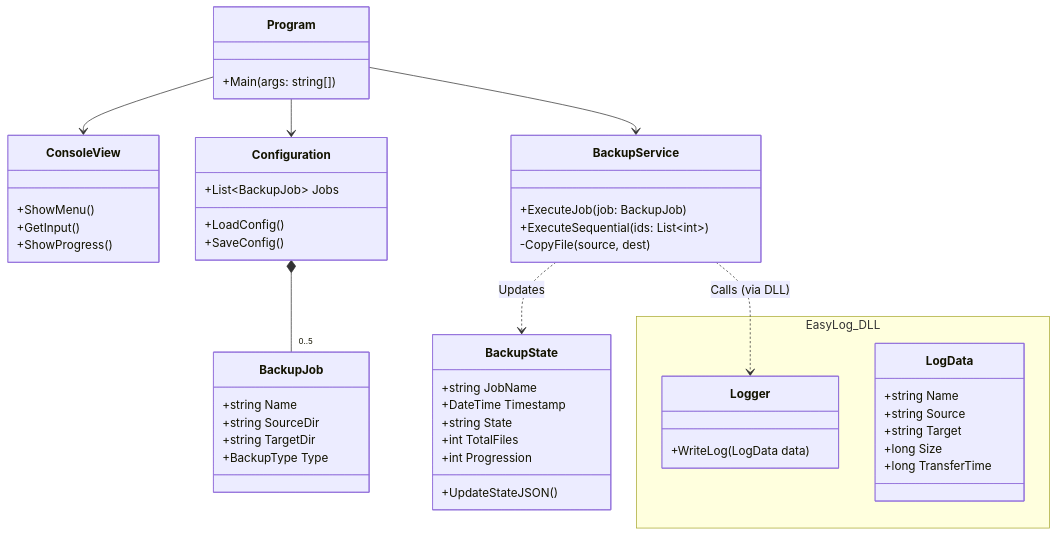
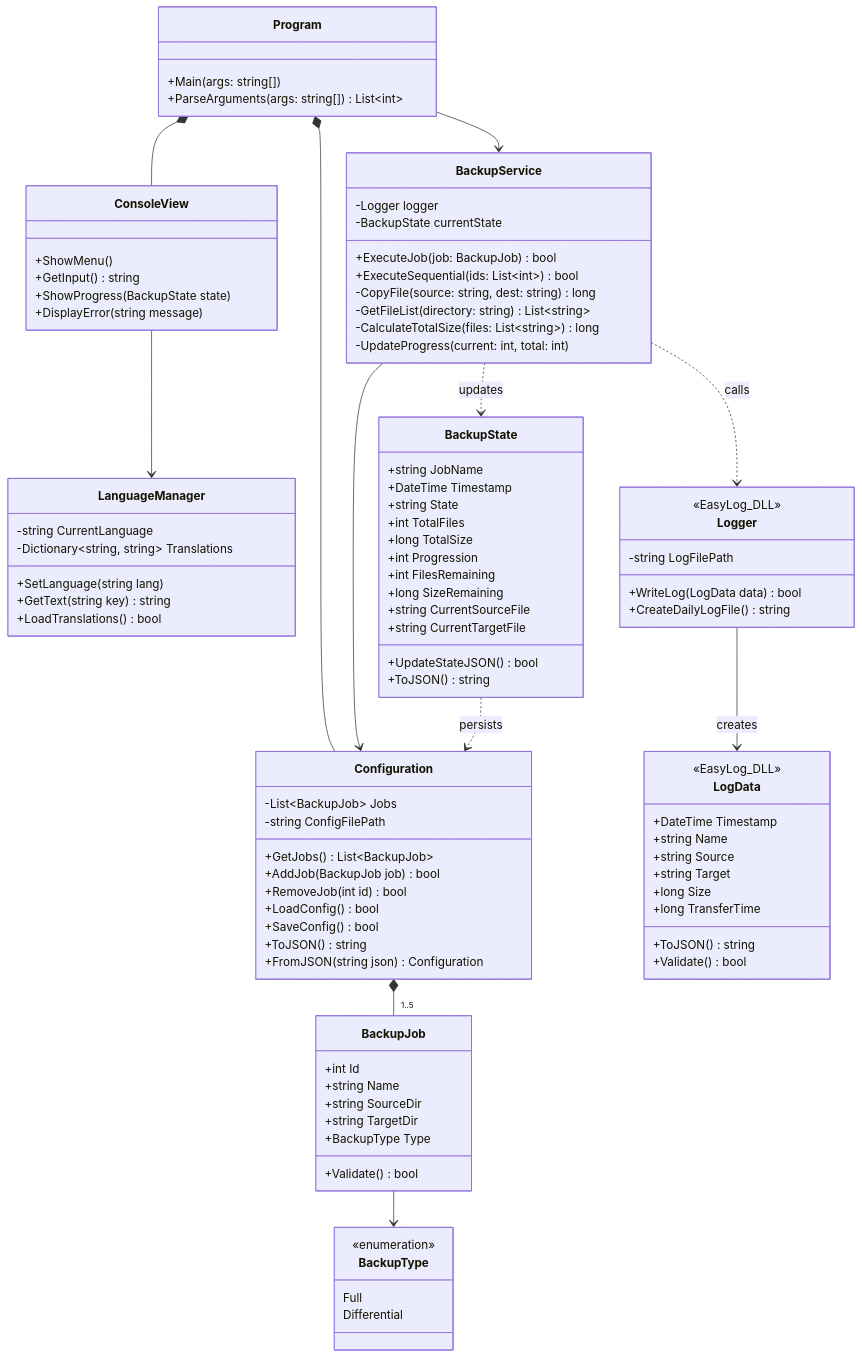
One commit to Groupe1-Prosoft/EasySave changed the second of 3 diagrams in EasySave/Documentation/UML.md. Above: the diagram before and after it, drawn with Mermaid.

Commit message:
Update of diagram class

````diff
--- a/EasySave/Documentation/UML.md
+++ b/EasySave/Documentation/UML.md
@@ -27,60 +27,120 @@
 ```mermaid
 classDiagram
+
+    
     class Program {
         +Main(args: string[])
+        +ParseArguments(args: string[]) List~int~
     }
-
+    
     class ConsoleView {
         +ShowMenu()
-        +GetInput()
-        +ShowProgress()
+        +GetInput() string
+        +ShowProgress(BackupState state)
+        +DisplayError(string message)
     }
+    
+    class LanguageManager {
+        -string CurrentLanguage
+        -Dictionary~string, string~ Translations
+        +SetLanguage(string lang)
+        +GetText(string key) string
+        +LoadTranslations() bool
+    }
+    
 
+    
     class Configuration {
-        +List~BackupJob~ Jobs
-        +LoadConfig()
-        +SaveConfig()
+        -List~BackupJob~ Jobs
+        -string ConfigFilePath
+        +GetJobs() List~BackupJob~
+        +AddJob(BackupJob job) bool
+        +RemoveJob(int id) bool
+        +LoadConfig() bool
+        +SaveConfig() bool
+        +ToJSON() string
+        +FromJSON(string json) Configuration
     }
-
-    class BackupJob {
-        +string Name
-        +string SourceDir
-        +string TargetDir
-        +BackupType Type
+    
+    class BackupService {
+        -Logger logger
+        -BackupState currentState
+        +ExecuteJob(job: BackupJob) bool
+        +ExecuteSequential(ids: List~int~) bool
+        -CopyFile(source: string, dest: string) long
+        -GetFileList(directory: string) List~string~
+        -CalculateTotalSize(files: List~string~) long
+        -UpdateProgress(current: int, total: int)
     }
-
-    class BackupService {
-        +ExecuteJob(job: BackupJob)
-        +ExecuteSequential(ids: List~int~)
-        -CopyFile(source, dest)
-    }
-
+    
     class BackupState {
         +string JobName
         +DateTime Timestamp
         +string State
         +int TotalFiles
+        +long TotalSize
         +int Progression
-        +UpdateStateJSON()
+        +int FilesRemaining
+        +long SizeRemaining
+        +string CurrentSourceFile
+        +string CurrentTargetFile
+        +UpdateStateJSON() bool
+        +ToJSON() string
     }
+    
 
-    namespace EasyLog_DLL {
-        class Logger {
-            +WriteLog(LogData data)
-        }
-        class LogData {
-            +string Name
-            +string Source
-            +string Target
-            +long Size
-            +long TransferTime
-        }
+    
+    class BackupJob {
+        +int Id
+        +string Name
+        +string SourceDir
+        +string TargetDir
+        +BackupType Type
+        +Validate() bool
     }
+    
+    class BackupType {
+        <<enumeration>>
+        Full
+        Differential
+    }
+    
 
-    Program --> ConsoleView
-    Program --> Configuration
+    
+    class Logger {
+        <<EasyLog_DLL>>
+        -string LogFilePath
+        +WriteLog(LogData data) bool
+        +CreateDailyLogFile() string
+    }
+    
+    class LogData {
+        <<EasyLog_DLL>>
+        +DateTime Timestamp
+        +string Name
+        +string Source
+        +string Target
+        +long Size
+        +long TransferTime
+        +ToJSON() string
+        +Validate() bool
+    }
+    
+
+
+    Program *-- ConsoleView
+    Program *-- Configuration
     Program --> BackupService
-    Configuration *-- "0..5" BackupJob
-    BackupService ..> BackupState : Updates
-    BackupService ..> Logger : Calls (via DLL)
+    ConsoleView --> LanguageManager
+    
+    
+    BackupService --> Configuration
+    BackupService ..> BackupState : updates
+    BackupService ..> Logger : calls
+    Configuration *-- "1..5" BackupJob
+    
+    
+    BackupJob --> BackupType
+    BackupState ..> Configuration : persists
+    Logger --> LogData : creates
 ```
````
